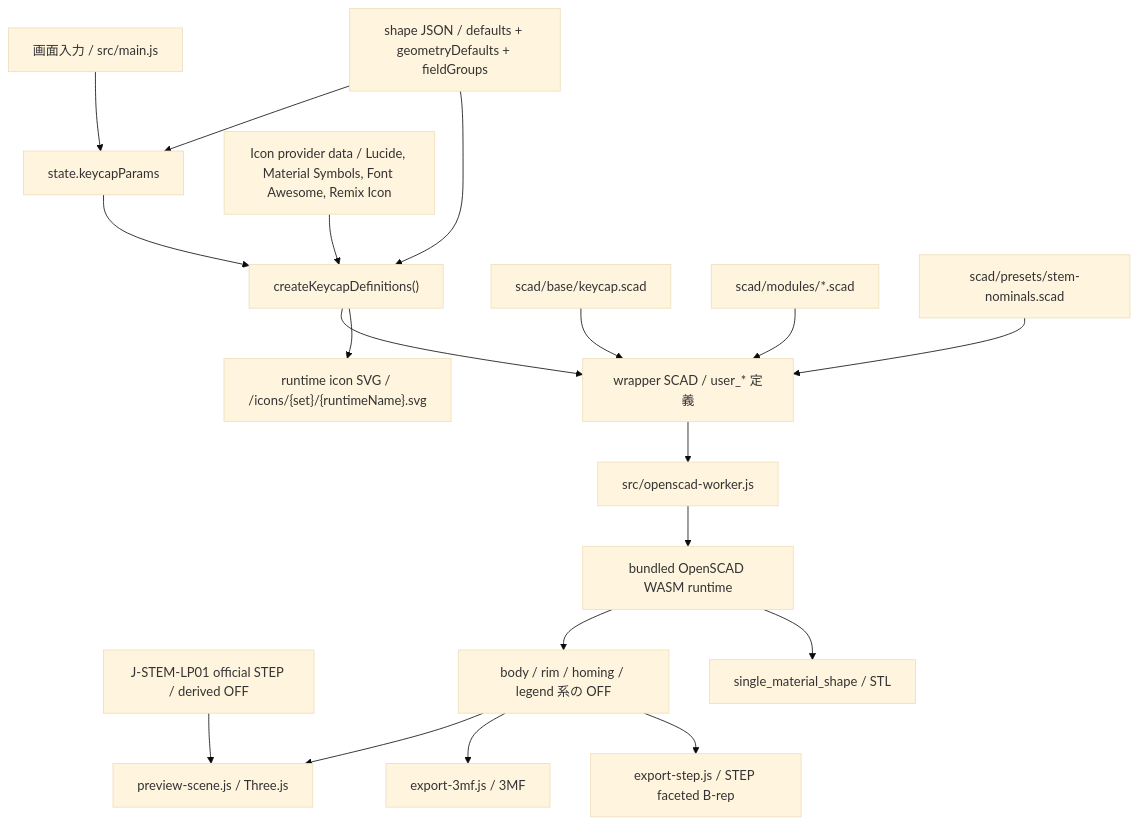
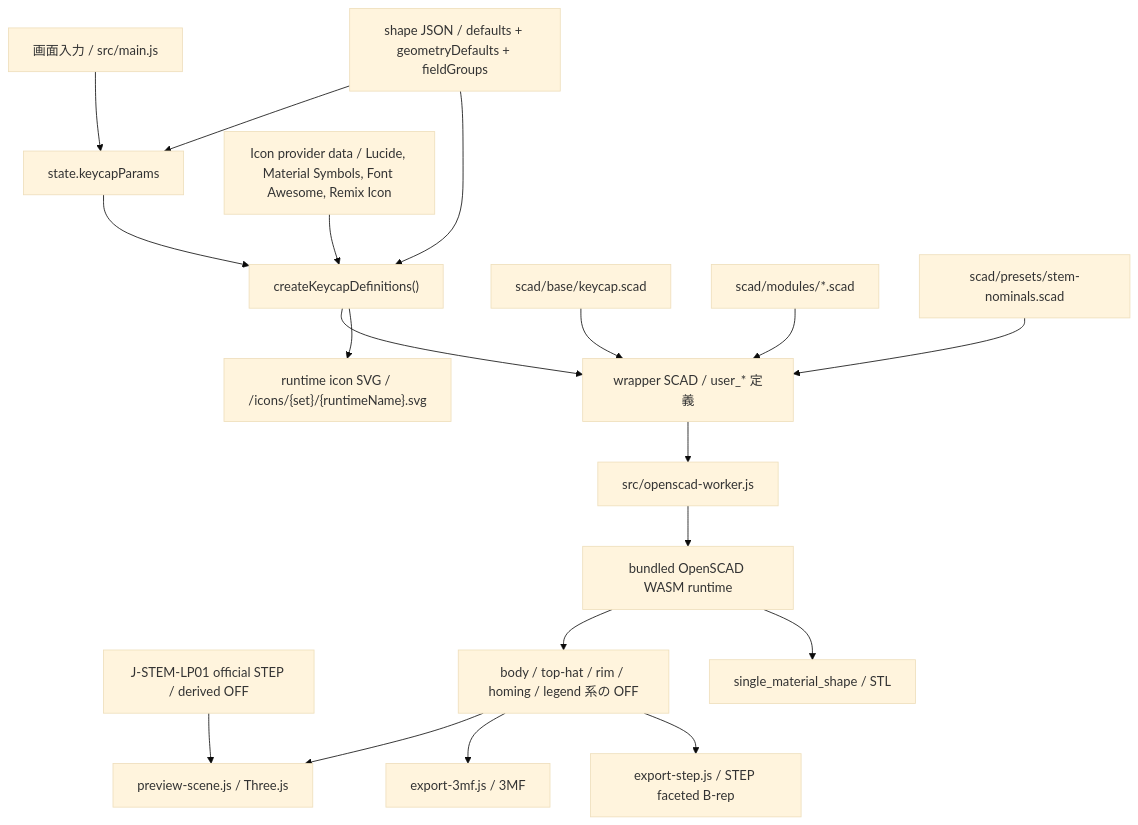
Before and after one commit to Masashi-desu/KeycapMaker: the diagram in docs/architecture/scad-and-export.md, drawn with Mermaid (base theme). The commit also changed other lines of this file and 14 other files, not shown here.

Commit message:
Separate top-hat color part

````diff
--- a/docs/architecture/scad-and-export.md
+++ b/docs/architecture/scad-and-export.md
@@ -93,21 +94,21 @@
 ```mermaid
 flowchart TD
   screen["画面入力 / src/main.js"] --> state["state.keycapParams"]
   shapeJson["shape JSON / defaults + geometryDefaults + fieldGroups"] --> state
   state --> bridge["createKeycapDefinitions()"]
   shapeJson --> bridge
   icons["Icon provider data / Lucide, Material Symbols, Font Awesome, Remix Icon"] --> bridge
   bridge --> wrapper["wrapper SCAD / user_* 定義"]
   bridge --> iconSvg["runtime icon SVG / /icons/{set}/{runtimeName}.svg"]
   stepAsset["J-STEM-LP01 official STEP / derived OFF"] --> preview
   scadEntry["scad/base/keycap.scad"] --> wrapper
   scadModules["scad/modules/*.scad"] --> wrapper
   stemNominals["scad/presets/stem-nominals.scad"] --> wrapper
   wrapper --> worker["src/openscad-worker.js"]
   worker --> wasm["bundled OpenSCAD WASM runtime"]
-  wasm --> off["body / rim / homing / legend 系の OFF"]
+  wasm --> off["body / top-hat / rim / homing / legend 系の OFF"]
   off --> preview["preview-scene.js / Three.js"]
   off --> export3mf["export-3mf.js / 3MF"]
   off --> exportStep["export-step.js / STEP faceted B-rep"]
   wasm --> exportStl["single_material_shape / STL"]
 ```
````
